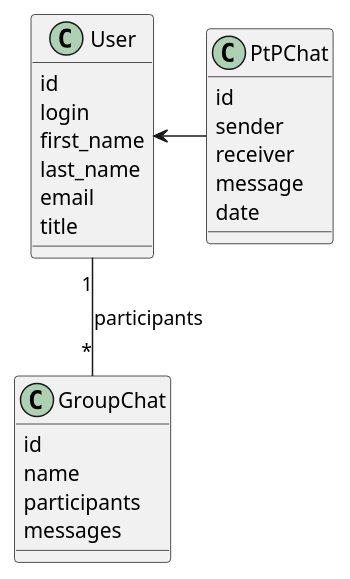
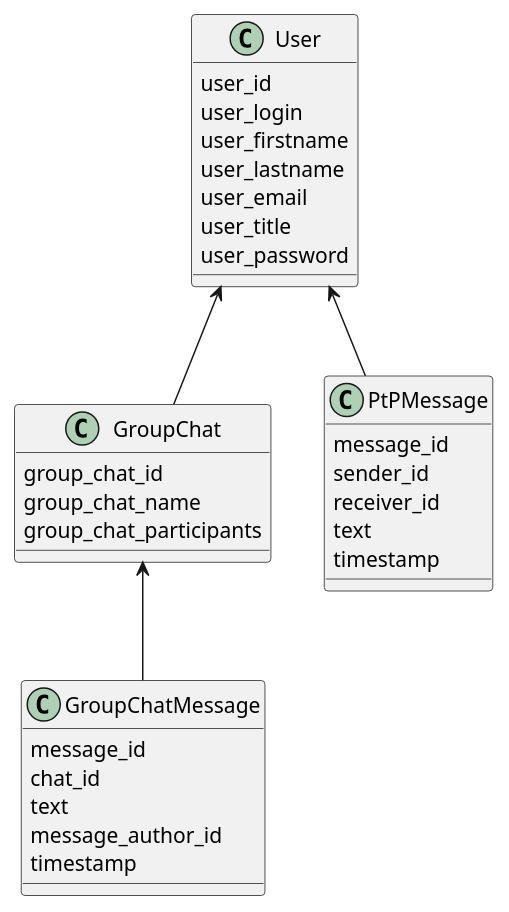
The second of 2 diagrams in components.md (noesskeetit/mai_course_work_architecture), drawn with PlantUML before and after one commit. The commit also changed other lines of this file and 6 other files, not shown here.

````diff
--- a/components.md
+++ b/components.md
@@ -84,32 +85,42 @@
 ```puml
 @startuml
 
 class User {
-  id
-  login
-  first_name
-  last_name
-  email
-  title
+  user_id
+  user_login
+  user_firstname
+  user_lastname
+  user_email
+  user_title
+  user_password
 }
 
 class GroupChat {
-  id
-  name
-  participants
-  messages
+  group_chat_id
+  group_chat_name
+  group_chat_participants
 }
 
-class PtPChat {
-  id
-  sender
-  receiver
-  message
-  date
+class GroupChatMessage {
+  message_id
+  chat_id
+  text
+  message_author_id
+  timestamp
 }
 
-User "1" -- "*" GroupChat : participants
-User <- PtPChat
+class PtPMessage {
+  message_id
+  sender_id
+  receiver_id
+  text
+  timestamp
+}
+
+User <-- GroupChat
+GroupChat <-- GroupChatMessage
+User <-- PtPMessage
 
 @enduml
+
 ```
````
